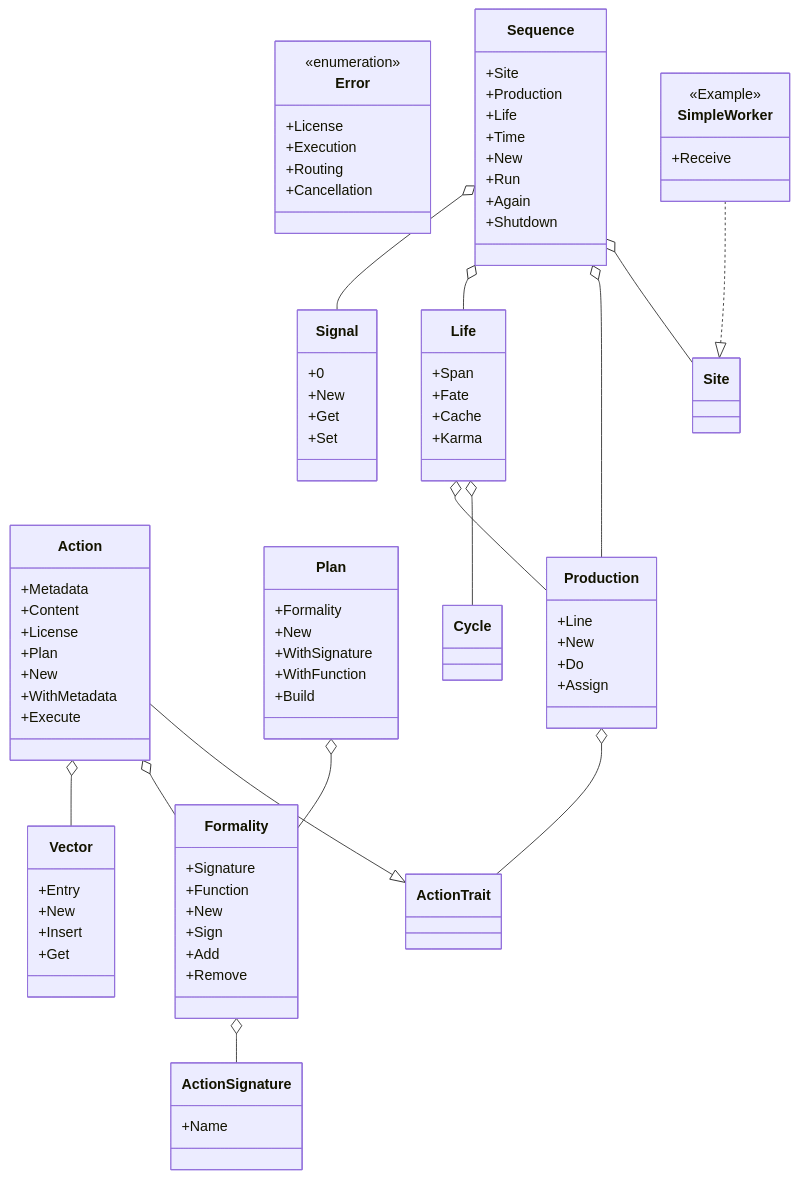
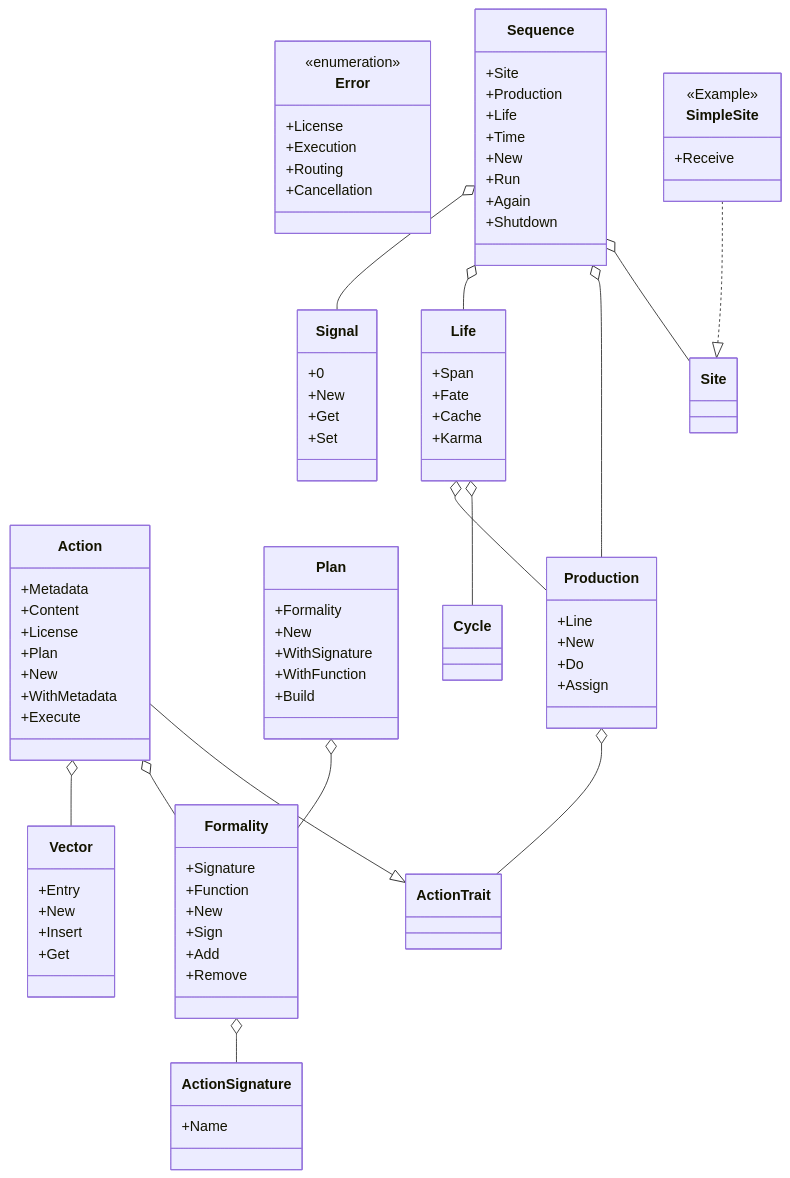
Before and after one commit to CodeEditorLand/Echo: the first of 2 diagrams in README.md, drawn with Mermaid. The commit also changed other lines of this file, not shown here.

```diff
--- a/README.md
+++ b/README.md
@@ -222,13 +237,13 @@
         +Shutdown
     }
 
-    class SimpleWorker {
+    class SimpleSite {
         <<Example>>
         +Receive
     }
 
     Action --|> ActionTrait
-    SimpleWorker ..|> Site
+    SimpleSite ..|> Site
     Sequence o-- Site
     Sequence o-- Production
     Sequence o-- Life
```
